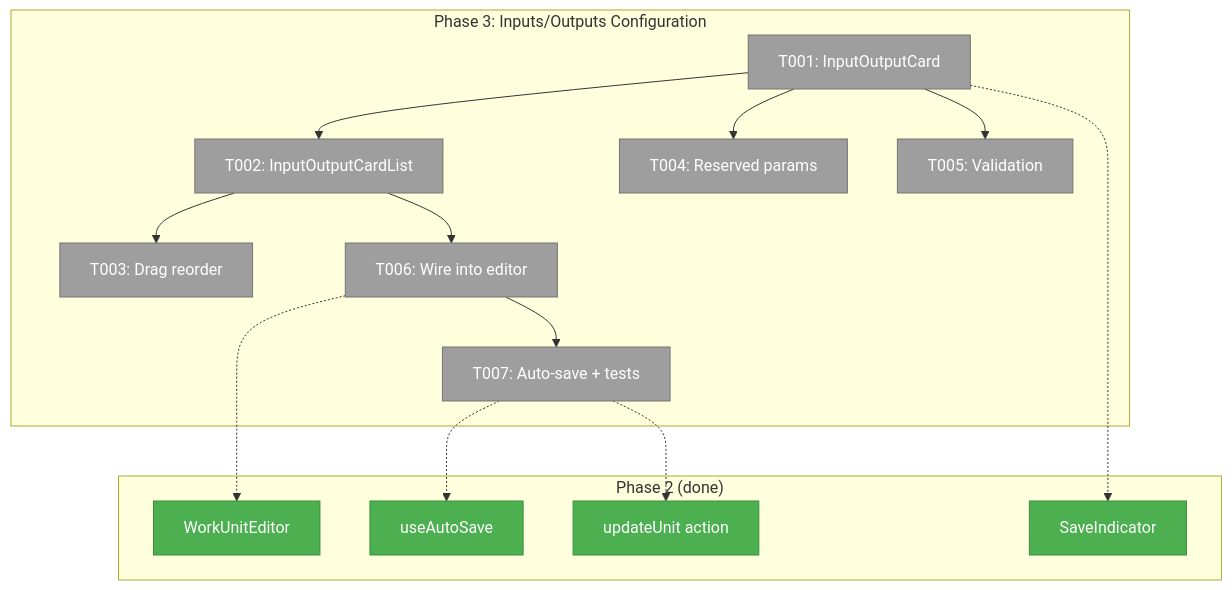
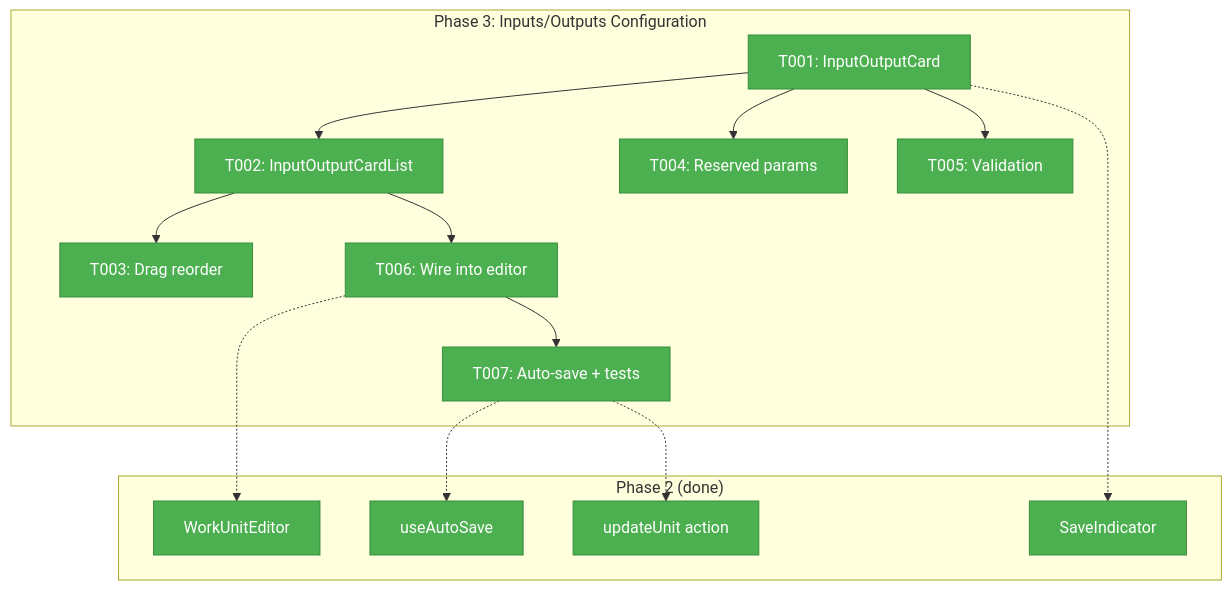
The first of 3 diagrams in docs/plans/058-workunit-editor/tasks/phase-3-inputs-outputs-configuration/tasks.md (AI-Substrate/chainglass), drawn with Mermaid before and after one commit. The commit also changed other lines of this file and 11 other files, not shown here.

````diff
--- a/docs/plans/058-workunit-editor/tasks/phase-3-inputs-outputs-configuration/tasks.md
+++ b/docs/plans/058-workunit-editor/tasks/phase-3-inputs-outputs-configuration/tasks.md
@@ -71,34 +71,36 @@
 ```mermaid
 flowchart TD
     classDef pending fill:#9E9E9E,stroke:#757575,color:#fff
+    classDef inprogress fill:#FFC107,stroke:#FFA000,color:#000
+    classDef completed fill:#4CAF50,stroke:#388E3C,color:#fff
     classDef phase2 fill:#4CAF50,stroke:#388E3C,color:#fff
 
     subgraph Phase3["Phase 3: Inputs/Outputs Configuration"]
-        T001["T001: InputOutputCard"]:::pending
-        T002["T002: InputOutputCardList"]:::pending
-        T003["T003: Drag reorder"]:::pending
-        T004["T004: Reserved params"]:::pending
-        T005["T005: Validation"]:::pending
-        T006["T006: Wire into editor"]:::pending
-        T007["T007: Auto-save + tests"]:::pending
+        T001["T001: InputOutputCard"]:::completed
+        T002["T002: InputOutputCardList"]:::completed
+        T003["T003: Drag reorder"]:::completed
+        T004["T004: Reserved params"]:::completed
+        T005["T005: Validation"]:::completed
+        T006["T006: Wire into editor"]:::completed
+        T007["T007: Auto-save + tests"]:::completed
 
         T001 --> T002
         T002 --> T003
         T001 --> T004
         T001 --> T005
         T002 --> T006
         T006 --> T007
     end
 
     subgraph Phase2Done["Phase 2 (done)"]
         WUE["WorkUnitEditor"]:::phase2
         USA["useAutoSave"]:::phase2
         ACT["updateUnit action"]:::phase2
         SI["SaveIndicator"]:::phase2
     end
 
     T006 -.-> WUE
     T007 -.-> USA
     T007 -.-> ACT
     T001 -.-> SI
 ```
````
